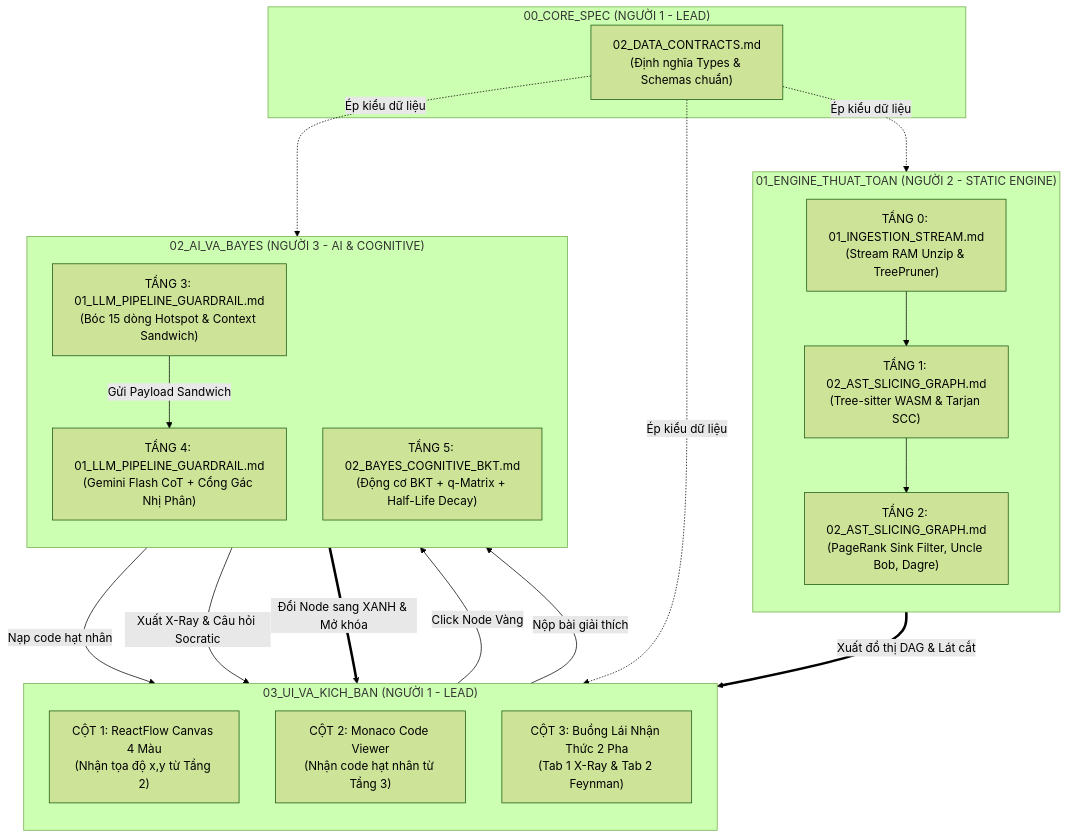
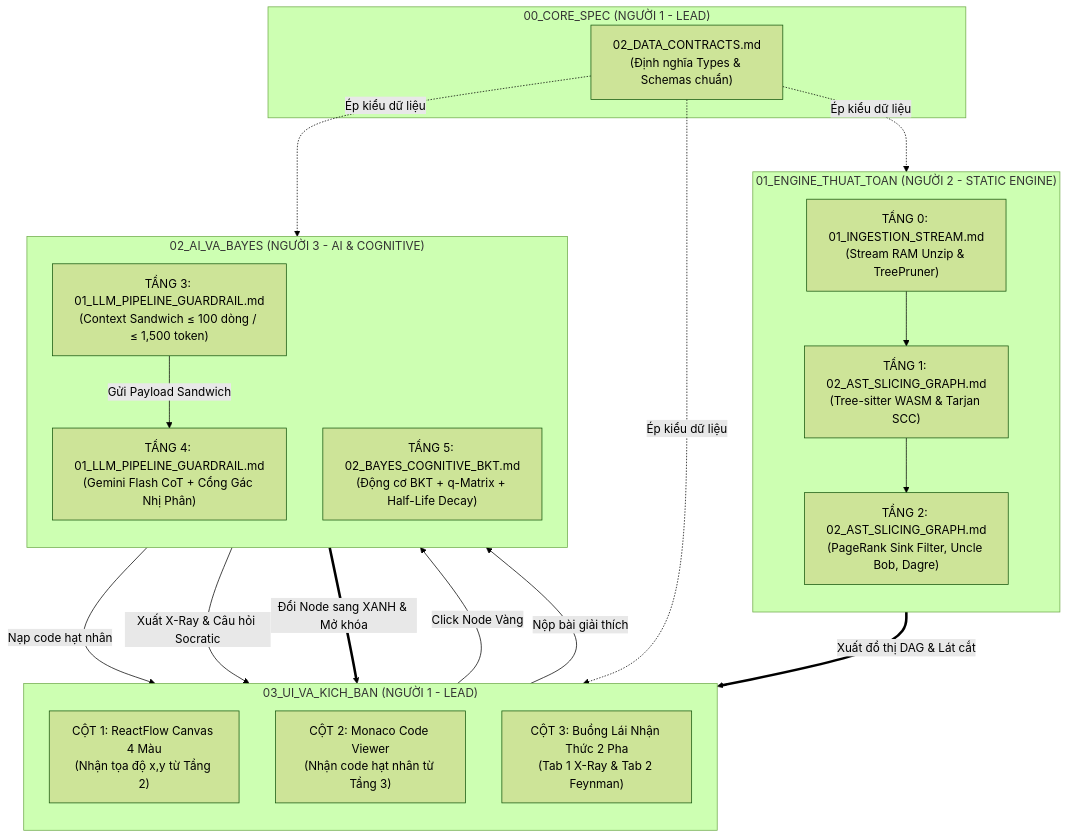
One commit to huynhthanhnhannnh-pixel/Hackathon_SGU changed the diagram in README.md. Above: the diagram before and after it, drawn with Mermaid (forest theme). The commit also changed other lines of this file and 17 other files, not shown here.

````diff
--- a/README.md
+++ b/README.md
@@ -28,38 +29,38 @@
 ```mermaid
 flowchart TD
     subgraph S0 ["00_CORE_SPEC (NGƯỜI 1 - LEAD)"]
         Contracts["02_DATA_CONTRACTS.md<br/>(Định nghĩa Types & Schemas chuẩn)"]
     end
 
     subgraph S1 ["01_ENGINE_THUAT_TOAN (NGƯỜI 2 - STATIC ENGINE)"]
         direction TB
         T0["TẦNG 0: 01_INGESTION_STREAM.md<br/>(Stream RAM Unzip & TreePruner)"] --> T1["TẦNG 1: 02_AST_SLICING_GRAPH.md<br/>(Tree-sitter WASM & Tarjan SCC)"]
         T1 --> T2["TẦNG 2: 02_AST_SLICING_GRAPH.md<br/>(PageRank Sink Filter, Uncle Bob, Dagre)"]
     end
 
     subgraph S3 ["03_UI_VA_KICH_BAN (NGƯỜI 1 - LEAD)"]
         direction TB
         UI1["CỘT 1: ReactFlow Canvas 4 Màu<br/>(Nhận tọa độ x,y từ Tầng 2)"]
         UI2["CỘT 2: Monaco Code Viewer<br/>(Nhận code hạt nhân từ Tầng 3)"]
         UI3["CỘT 3: Buồng Lái Nhận Thức 2 Pha<br/>(Tab 1 X-Ray & Tab 2 Feynman)"]
     end
 
     subgraph S2 ["02_AI_VA_BAYES (NGƯỜI 3 - AI & COGNITIVE)"]
         direction TB
-        T3["TẦNG 3: 01_LLM_PIPELINE_GUARDRAIL.md<br/>(Bóc 15 dòng Hotspot & Context Sandwich)"]
+        T3["TẦNG 3: 01_LLM_PIPELINE_GUARDRAIL.md<br/>(Context Sandwich ≤ 100 dòng / ≤ 1,500 token)"]
         T4["TẦNG 4: 01_LLM_PIPELINE_GUARDRAIL.md<br/>(Gemini Flash CoT + Cổng Gác Nhị Phân)"]
         T5["TẦNG 5: 02_BAYES_COGNITIVE_BKT.md<br/>(Động cơ BKT + q-Matrix + Half-Life Decay)"]
     end
 
     Contracts -.->|"Ép kiểu dữ liệu"| S1
     Contracts -.->|"Ép kiểu dữ liệu"| S2
     Contracts -.->|"Ép kiểu dữ liệu"| S3
 
     T2 ==>|"Xuất đồ thị DAG & Lát cắt"| UI1
     UI1 -->|"Click Node Vàng"| T3
     T3 -->|"Nạp code hạt nhân"| UI2
     T3 -->|"Gửi Payload Sandwich"| T4
     T4 -->|"Xuất X-Ray & Câu hỏi Socratic"| UI3
     UI3 -->|"Nộp bài giải thích"| T5
     T5 ==>|"Đổi Node sang XANH & Mở khóa"| UI1
 ```
````
